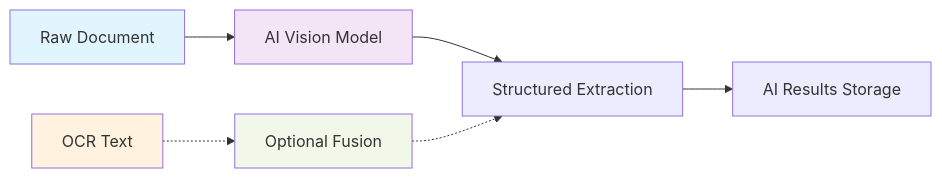
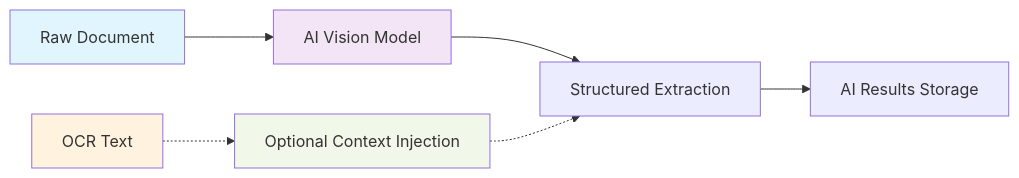
One commit to xavierjflanagan/Guardian changed the diagram in shared/docs/architecture/ai-processing/ai-extraction/README.md. Above: the diagram before and after it, drawn with Mermaid. The commit also changed other lines of this file and 11 other files, not shown here.

First line of the commit message:
Update Guardian Architecture Documentation and AI Processing Implementation

````diff
--- a/shared/docs/architecture/ai-processing/ai-extraction/README.md
+++ b/shared/docs/architecture/ai-processing/ai-extraction/README.md
@@ -16,14 +16,14 @@
 ```mermaid
 graph LR
     A[Raw Document] --> B[AI Vision Model]
     B --> C[Structured Extraction]
     C --> D[AI Results Storage]
     
-    E[OCR Text] -.-> F[Optional Fusion]
+    E[OCR Text] -.-> F[Optional Context Injection]
     F -.-> C
     
     style A fill:#e1f5fe
     style B fill:#f3e5f5
     style E fill:#fff3e0
     style F fill:#f1f8e9
 ```
````
